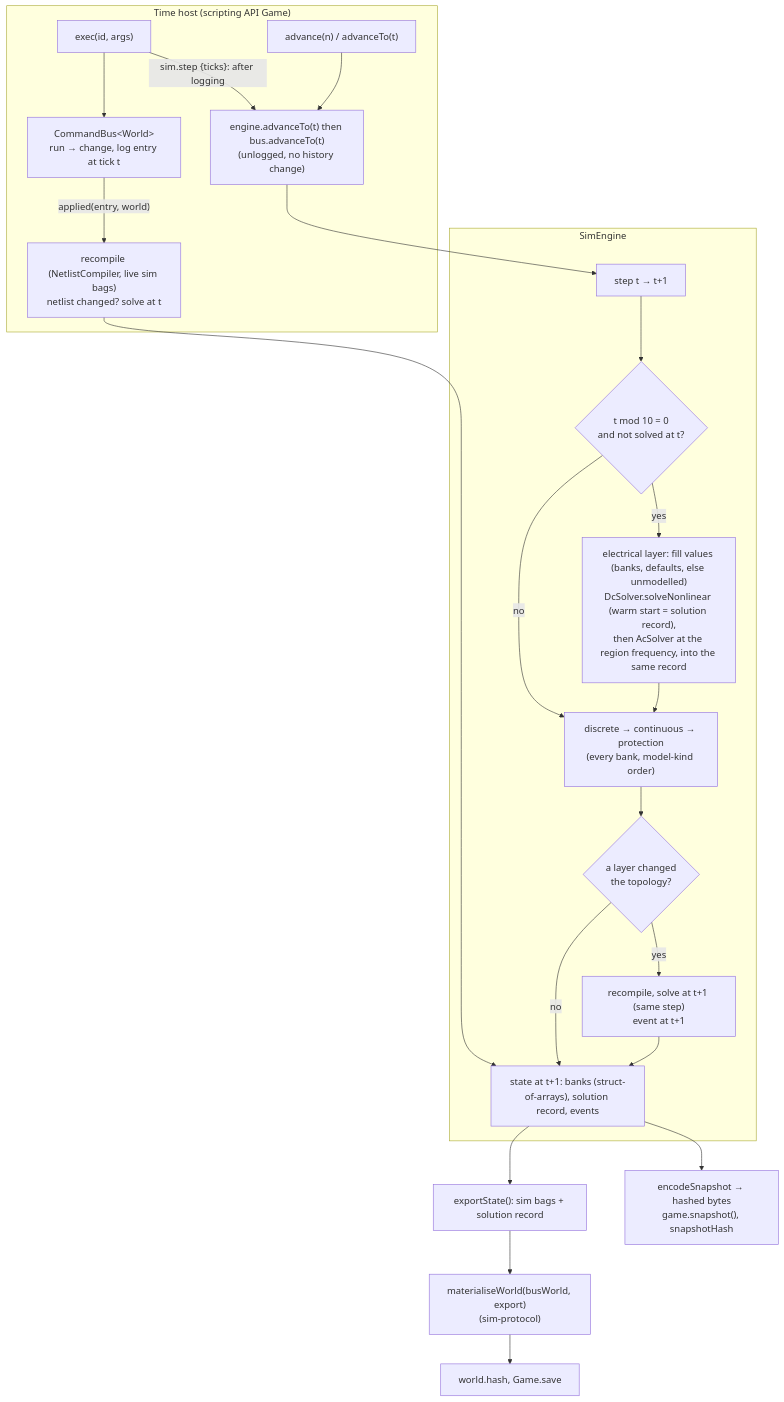
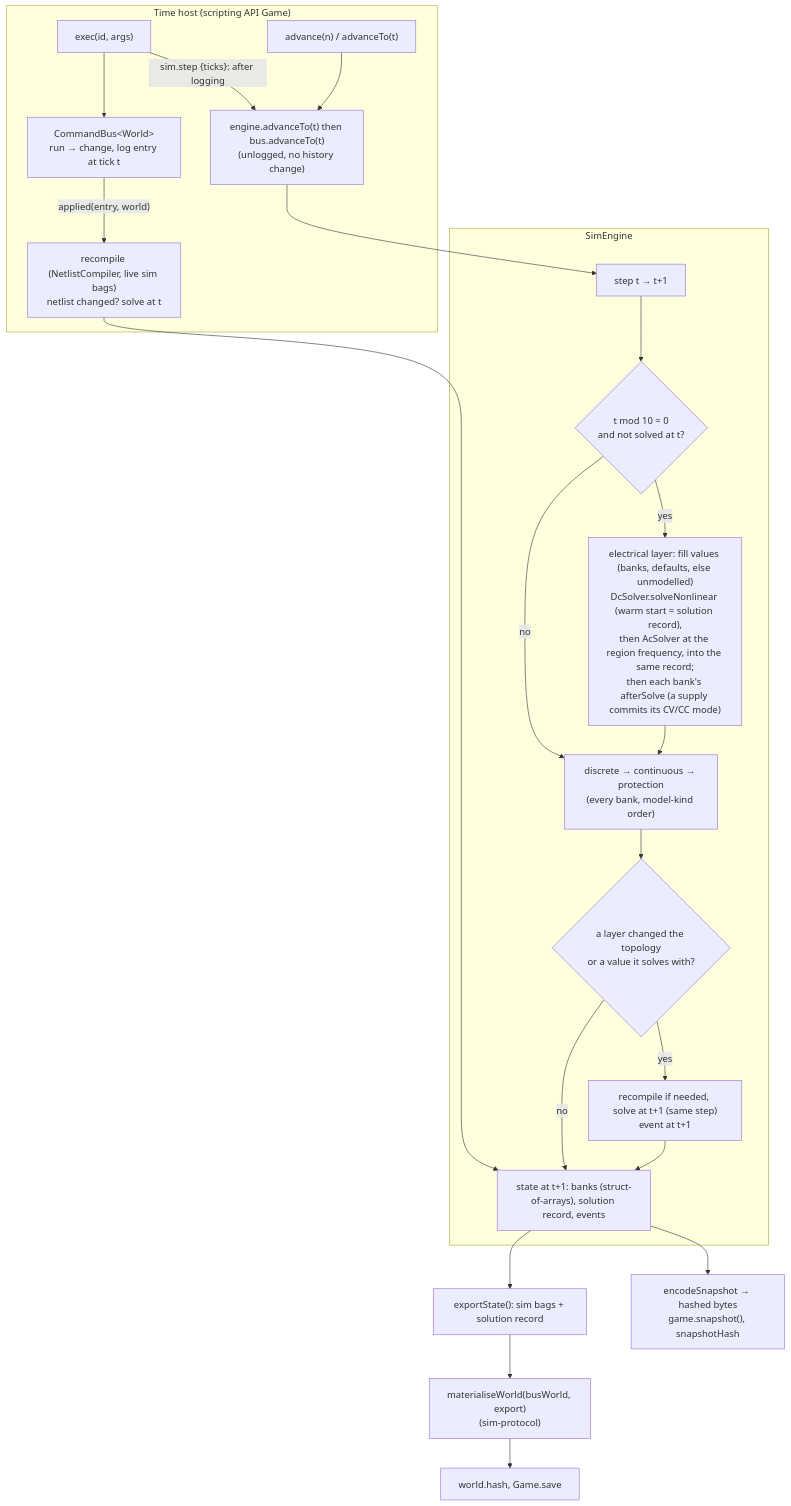
One commit to joebarbere/controls changed the sixth of 9 diagrams in docs/architecture/simulation.md. Above: the diagram before and after it, drawn with Mermaid. The commit also changed other lines of this file and 57 other files, not shown here.

````diff
--- a/docs/architecture/simulation.md
+++ b/docs/architecture/simulation.md
@@ -378,25 +378,25 @@
 ```mermaid
 flowchart TB
     subgraph host["Time host (scripting API Game)"]
       EXEC["exec(id, args)"] --> BUS["CommandBus&lt;World&gt;<br/>run → change, log entry at tick t"]
       BUS -->|"applied(entry, world)"| APPLY
       EXEC -->|"sim.step {ticks}: after logging"| ADV
       ADVAPI["advance(n) / advanceTo(t)"] --> ADV["engine.advanceTo(t) then bus.advanceTo(t)<br/>(unlogged, no history change)"]
     end
     subgraph engine["SimEngine"]
       APPLY["recompile (NetlistCompiler, live sim bags)<br/>netlist changed? solve at t"] --> STATE
       ADV --> STEP
       STEP["step t → t+1"] --> S1{"t mod 10 = 0<br/>and not solved at t?"}
-      S1 -->|yes| SOLVE["electrical layer: fill values (banks, defaults, else unmodelled)<br/>DcSolver.solveNonlinear (warm start = solution record),<br/>then AcSolver at the region frequency, into the same record"]
+      S1 -->|yes| SOLVE["electrical layer: fill values (banks, defaults, else unmodelled)<br/>DcSolver.solveNonlinear (warm start = solution record),<br/>then AcSolver at the region frequency, into the same record;<br/>then each bank's afterSolve (a supply commits its CV/CC mode)"]
       S1 -->|no| L
       SOLVE --> L["discrete → continuous → protection<br/>(every bank, model-kind order)"]
-      L --> S2{"a layer changed<br/>the topology?"}
-      S2 -->|yes| TRIP["recompile, solve at t+1 (same step)<br/>event at t+1"]
+      L --> S2{"a layer changed the topology<br/>or a value it solves with?"}
+      S2 -->|yes| TRIP["recompile if needed, solve at t+1 (same step)<br/>event at t+1"]
       S2 -->|no| STATE
       TRIP --> STATE["state at t+1: banks (struct-of-arrays), solution record, events"]
     end
     STATE --> EXPORT["exportState(): sim bags + solution record"]
     EXPORT --> MAT["materialiseWorld(busWorld, export)<br/>(sim-protocol)"]
     MAT --> HASH["world.hash, Game.save"]
     STATE --> SNAP["encodeSnapshot → hashed bytes<br/>game.snapshot(), snapshotHash"]
 ```
````
